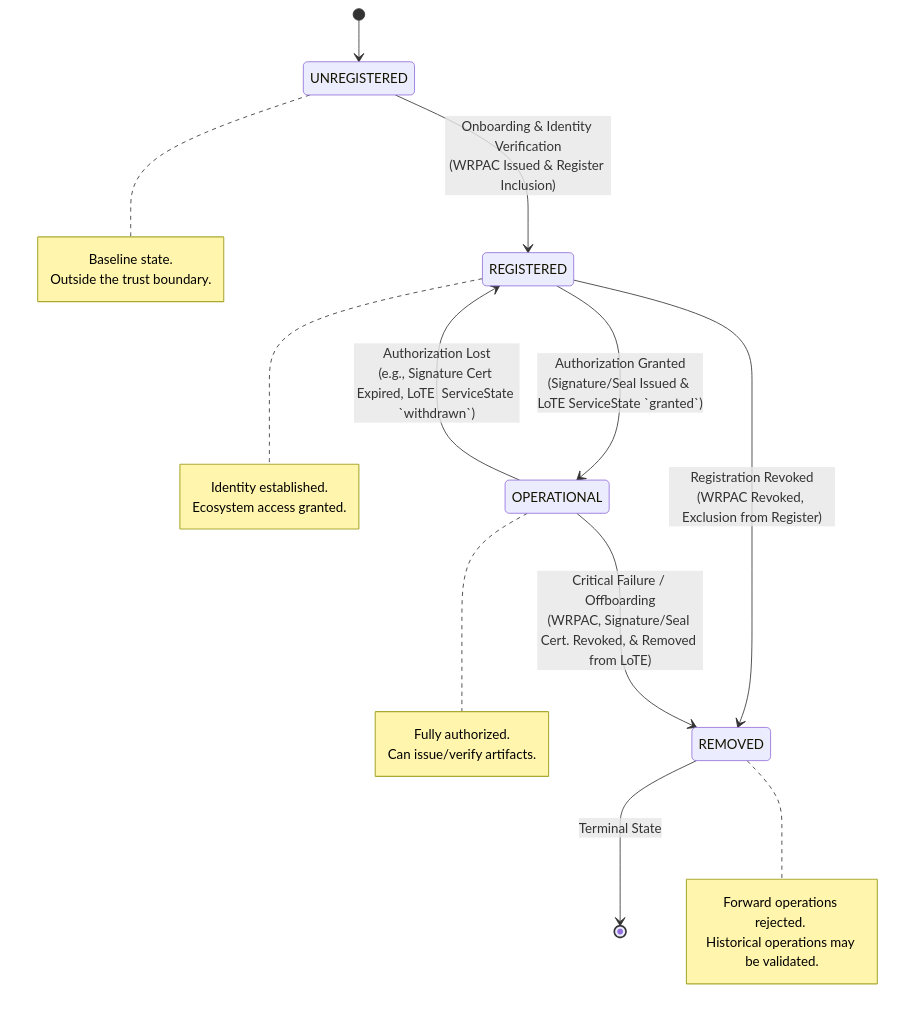
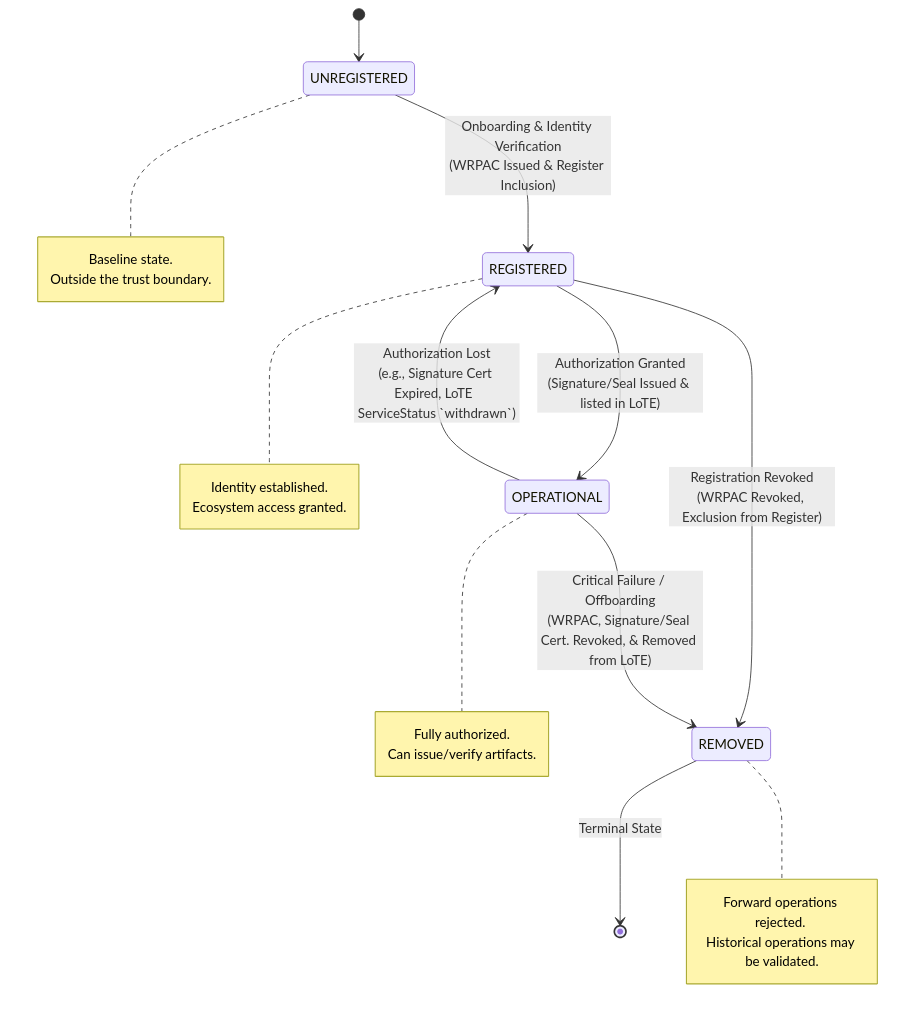
The fourth of 5 diagrams in docs/topics/trust-management-process.md (APTITUDE-Consortium/wp2-trust-specifications), drawn with Mermaid before and after one commit. The commit also changed other lines of this file, not shown here.

````diff
--- a/docs/topics/trust-management-process.md
+++ b/docs/topics/trust-management-process.md
@@ -269,44 +286,44 @@
 ```mermaid
 stateDiagram-v2
     %% Define states
     [*] --> Unreg
     
     state "UNREGISTERED" as Unreg
     state "REGISTERED" as Reg
     state "OPERATIONAL" as Op
     state "REMOVED" as Withdrawn
     
     %% Define transitions
     Unreg --> Reg : Onboarding & Identity Verification<br>(WRPAC Issued & Register Inclusion)
     
-    Reg --> Op : Authorization Granted<br>(Signature/Seal Issued & LoTE ServiceState `granted`)
+    Reg --> Op : Authorization Granted<br>(Signature/Seal Issued & listed in LoTE)
     
-    Op --> Reg : Authorization Lost<br>(e.g., Signature Cert Expired, LoTE  ServiceState `withdrawn`)
+    Op --> Reg : Authorization Lost<br>(e.g., Signature Cert Expired, LoTE  ServiceStatus `withdrawn`)
     
     Reg --> Withdrawn : Registration Revoked<br>(WRPAC Revoked, Exclusion from Register)
     
     Op --> Withdrawn : Critical Failure / Offboarding<br>(WRPAC, Signature/Seal Cert. Revoked, & Removed from LoTE)
     
     Withdrawn --> [*] : Terminal State
     
     %% Add descriptive notes
     note right of Unreg
         Baseline state. 
         Outside the trust boundary.
     end note
     
     note right of Reg
         Identity established. 
         Ecosystem access granted.
     end note
     
     note right of Op
         Fully authorized. 
         Can issue/verify artifacts.
     end note
     
     note right of Withdrawn
         Forward operations rejected. 
         Historical operations may be validated.
     end note
 ```
````
